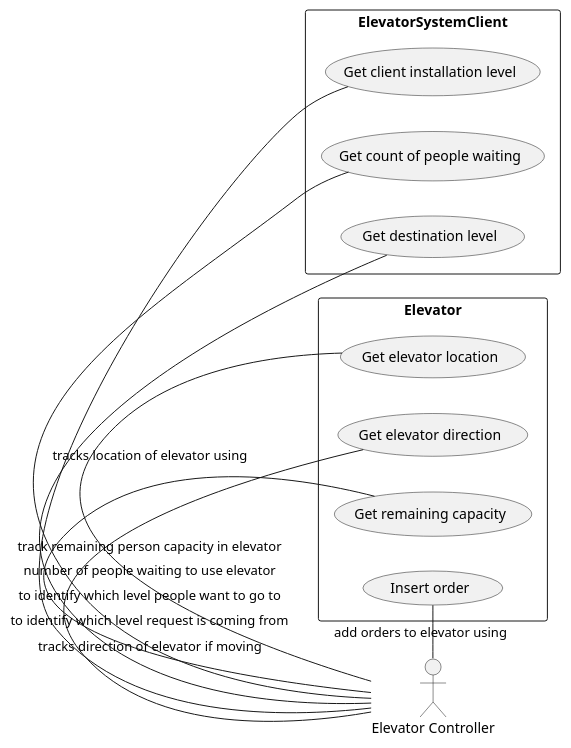
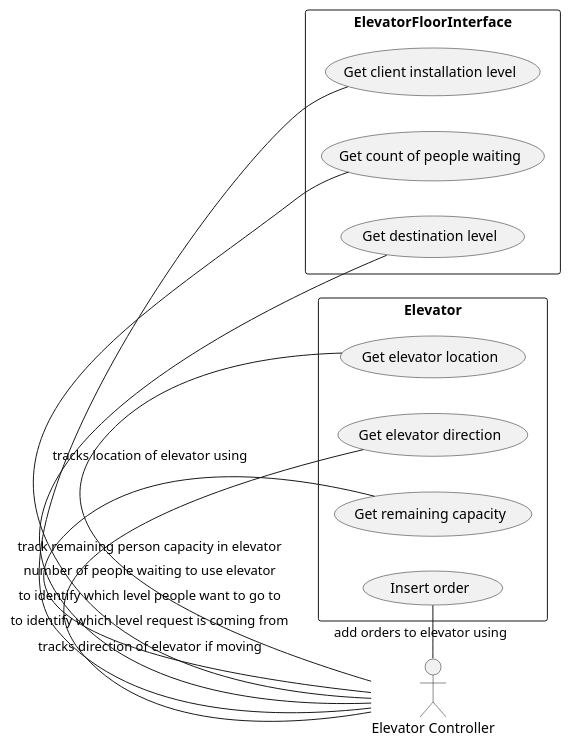
Before and after one commit to nabsha/ascender: the second of 3 diagrams in src/main/docs/UseCaseDiagrams.puml, drawn with PlantUML. The commit also changed other lines of this file and 11 other files, not shown here.

```diff
--- a/src/main/docs/UseCaseDiagrams.puml
+++ b/src/main/docs/UseCaseDiagrams.puml
@@ -15,17 +15,17 @@
 @startuml
 left to right direction
 actor "Elevator Controller" as EC
 rectangle Elevator {
   EC - (Get elevator location) : tracks location of elevator using
   EC - (Get elevator direction) : tracks direction of elevator if moving
   EC - (Get remaining capacity) : track remaining person capacity in elevator
   EC  - (Insert order) : add orders to elevator using
 }
 
-rectangle ElevatorSystemClient {
+rectangle ElevatorFloorInterface {
   EC - (Get client installation level) : to identify which level request is coming from
   EC - (Get count of people waiting) : number of people waiting to use elevator
   EC - (Get destination level) : to identify which level people want to go to
 
 }
 @enduml
```
